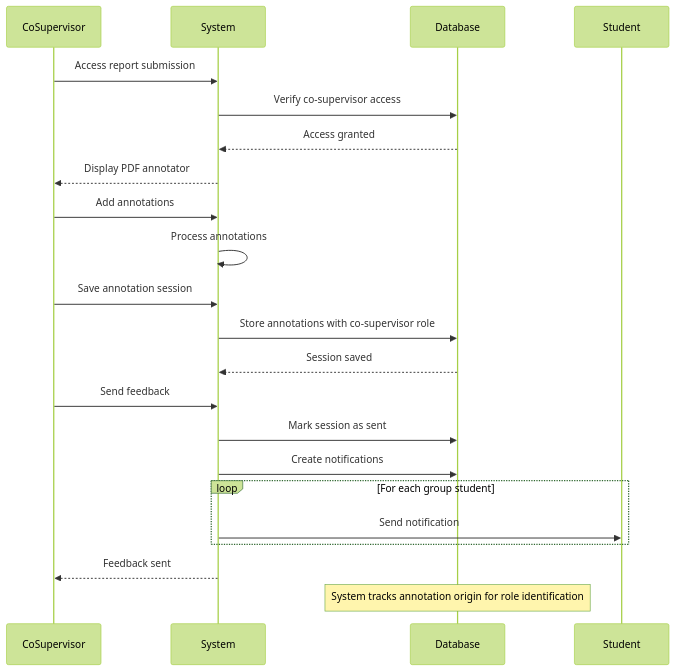
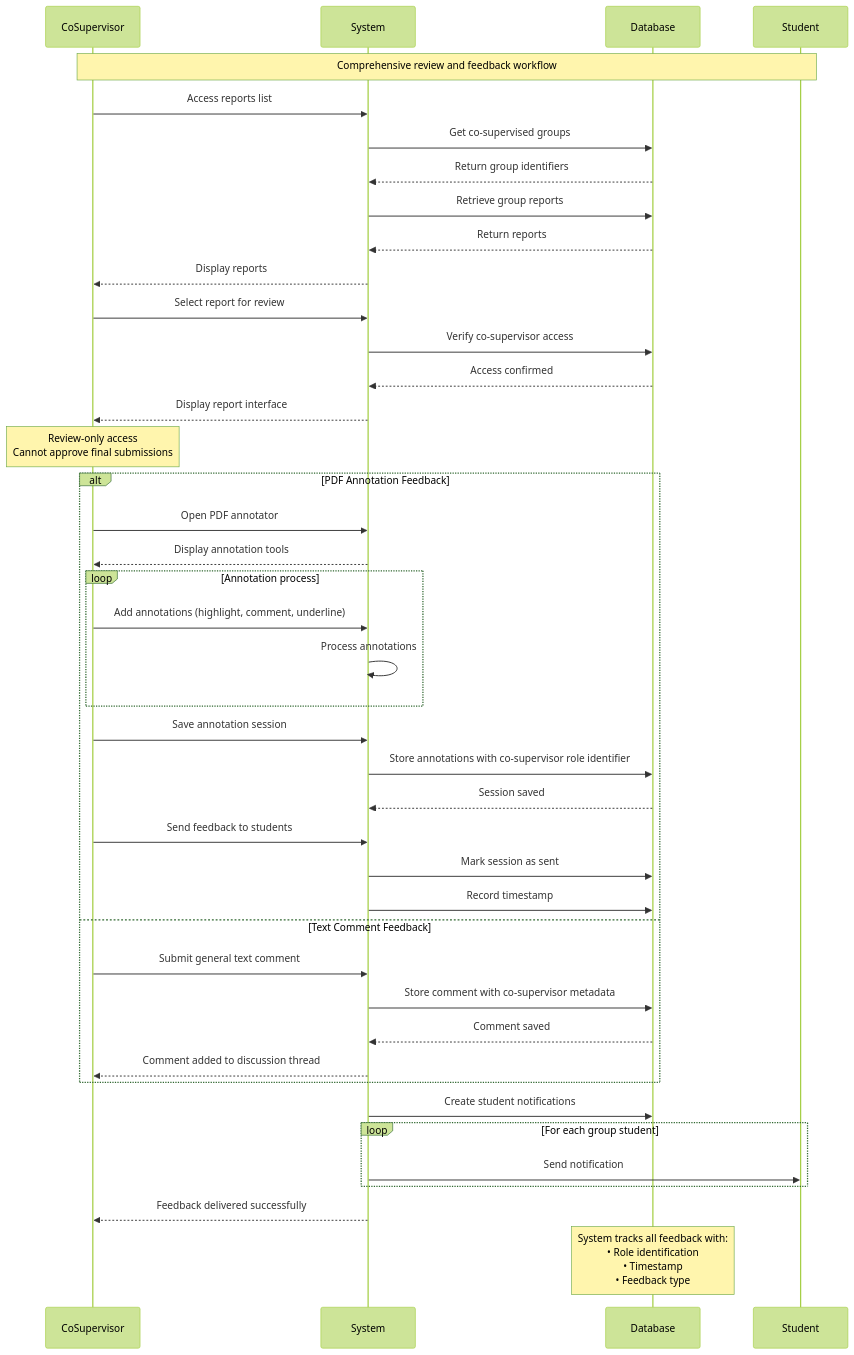
Before and after one commit to abdullah2323442/thesisrepo-backup: diagram 11 of 36 in sequence-academic.md, drawn with Mermaid (forest theme). The commit also changed other lines of this file, not shown here.

Commit message:
update sequence academic md

````diff
--- a/sequence-academic.md
+++ b/sequence-academic.md
@@ -356,30 +311,57 @@
 ```mermaid
 sequenceDiagram
     participant CoSupervisor
     participant System
     participant Database
     participant Student
 
-    CoSupervisor->>System: Access report submission
+    Note over CoSupervisor,Student: Comprehensive review and feedback workflow
+    
+    CoSupervisor->>System: Access reports list
+    System->>Database: Get co-supervised groups
+    Database-->>System: Return group identifiers
+    System->>Database: Retrieve group reports
+    Database-->>System: Return reports
+    System-->>CoSupervisor: Display reports
+    
+    CoSupervisor->>System: Select report for review
     System->>Database: Verify co-supervisor access
-    Database-->>System: Access granted
-    System-->>CoSupervisor: Display PDF annotator
+    Database-->>System: Access confirmed
+    System-->>CoSupervisor: Display report interface
     
-    CoSupervisor->>System: Add annotations
-    System->>System: Process annotations
-    CoSupervisor->>System: Save annotation session
-    System->>Database: Store annotations with co-supervisor role
-    Database-->>System: Session saved
+    Note over CoSupervisor: Review-only access<br/>Cannot approve final submissions
     
-    CoSupervisor->>System: Send feedback
-    System->>Database: Mark session as sent
-    System->>Database: Create notifications
+    alt PDF Annotation Feedback
+        CoSupervisor->>System: Open PDF annotator
+        System-->>CoSupervisor: Display annotation tools
+        
+        loop Annotation process
+            CoSupervisor->>System: Add annotations (highlight, comment, underline)
+            System->>System: Process annotations
+        end
+        
+        CoSupervisor->>System: Save annotation session
+        System->>Database: Store annotations with co-supervisor role identifier
+        Database-->>System: Session saved
+        
+        CoSupervisor->>System: Send feedback to students
+        System->>Database: Mark session as sent
+        System->>Database: Record timestamp
+        
+    else Text Comment Feedback
+        CoSupervisor->>System: Submit general text comment
+        System->>Database: Store comment with co-supervisor metadata
+        Database-->>System: Comment saved
+        System-->>CoSupervisor: Comment added to discussion thread
+    end
+    
+    System->>Database: Create student notifications
     
     loop For each group student
         System->>Student: Send notification
     end
     
-    System-->>CoSupervisor: Feedback sent
+    System-->>CoSupervisor: Feedback delivered successfully
     
-    Note over Database: System tracks annotation origin for role identification
+    Note over Database: System tracks all feedback with:<br/>• Role identification<br/>• Timestamp<br/>• Feedback type
 ```
````
